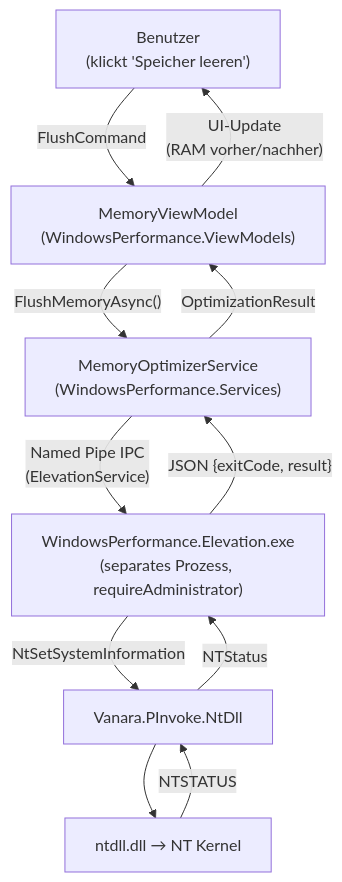
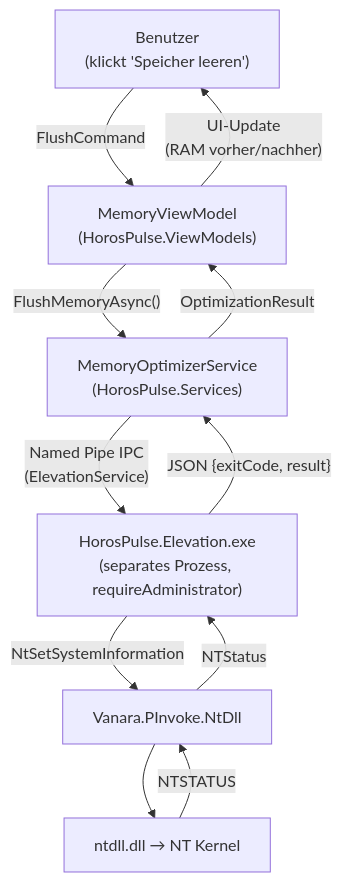
The fourth of 4 diagrams in docs/features/external-henrypp/04-architektur.md (HorosCloudOfficial/HorosPulse), drawn with Mermaid before and after one commit. The commit also changed other lines of this file and 522 other files, not shown here.

First line of the commit message:
Rebrand WindowsPerformance to HorosPulse (HorosCode ecosystem).

````diff
--- a/docs/features/external-henrypp/04-architektur.md
+++ b/docs/features/external-henrypp/04-architektur.md
@@ -93,20 +93,20 @@
 ```mermaid
 graph TD
     USER["Benutzer\n(klickt 'Speicher leeren')"]
-    VM["MemoryViewModel\n(WindowsPerformance.ViewModels)"]
-    SVC["MemoryOptimizerService\n(WindowsPerformance.Services)"]
-    ELEV["WindowsPerformance.Elevation.exe\n(separates Prozess, requireAdministrator)"]
+    VM["MemoryViewModel\n(HorosPulse.ViewModels)"]
+    SVC["MemoryOptimizerService\n(HorosPulse.Services)"]
+    ELEV["HorosPulse.Elevation.exe\n(separates Prozess, requireAdministrator)"]
     VANARA["Vanara.PInvoke.NtDll"]
     KERNEL["ntdll.dll → NT Kernel"]
 
     USER -->|"FlushCommand"| VM
     VM -->|"FlushMemoryAsync()"| SVC
     SVC -->|"Named Pipe IPC\n(ElevationService)"| ELEV
     ELEV -->|"NtSetSystemInformation"| VANARA
     VANARA --> KERNEL
     KERNEL -->|"NTSTATUS"| VANARA
     VANARA -->|"NTStatus"| ELEV
     ELEV -->|"JSON {exitCode, result}"| SVC
     SVC -->|"OptimizationResult"| VM
     VM -->|"UI-Update\n(RAM vorher/nachher)"| USER
 ```
````
